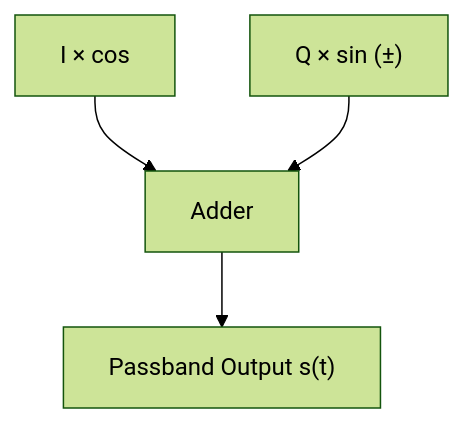
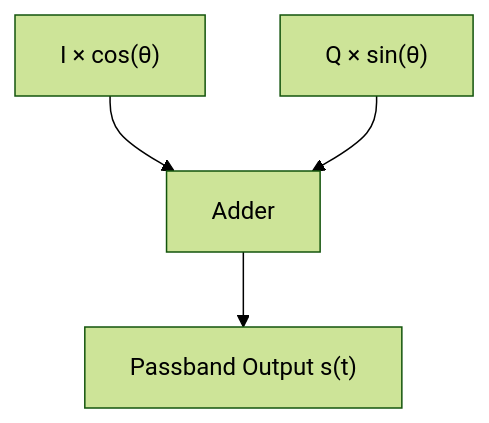
Before and after one commit to cupx0j0e/EchoCore: the seventh of 7 diagrams in report.md, drawn with Mermaid (forest theme). The commit also changed other lines of this file, not shown here.

````diff
--- a/report.md
+++ b/report.md
@@ -294,6 +412,6 @@
 ```mermaid
 flowchart TD
-    M1["I × cos"] --> ADDER["Adder"]
-    M2["Q × sin (±)"] --> ADDER
+    M1["I × cos(θ)"] --> ADDER["Adder"]
+    M2["Q × sin(θ)"] --> ADDER
     ADDER --> OUT["Passband Output s(t)"]
 ```
````
